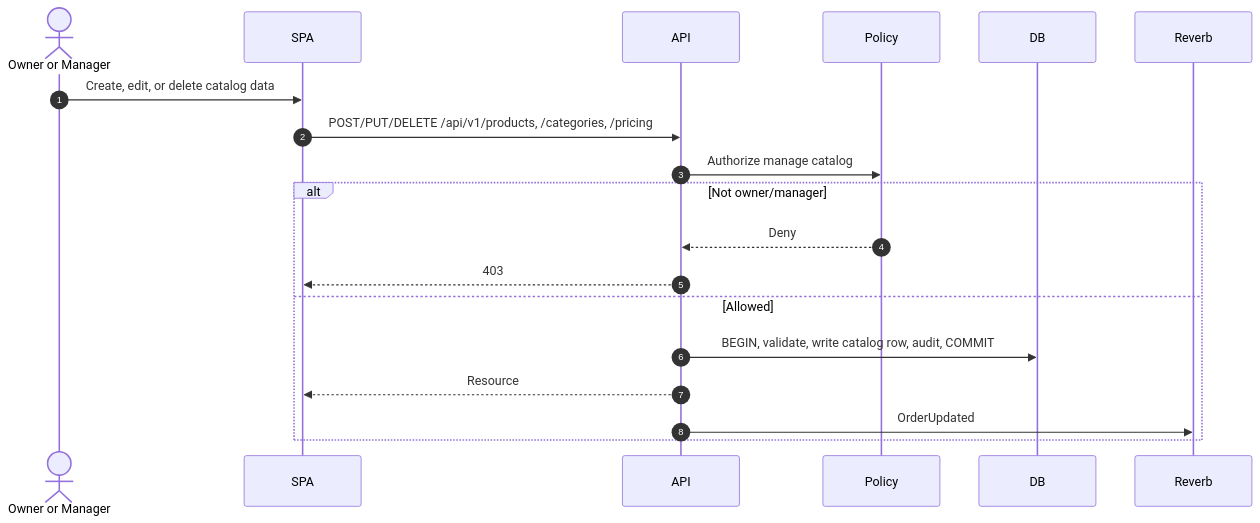
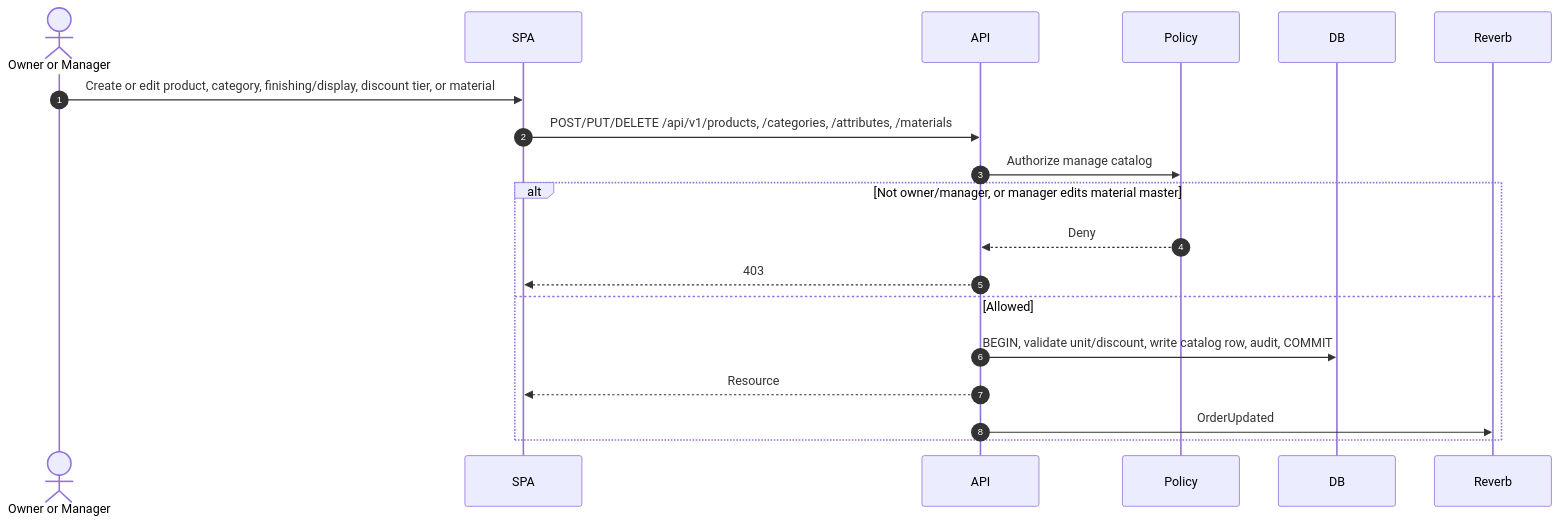
The fourth of 21 diagrams in docs/architecture/sequence-diagrams.md (Arukast/pos_alja), drawn with Mermaid before and after one commit. The commit also changed other lines of this file and 17 other files, not shown here.

````diff
--- a/docs/architecture/sequence-diagrams.md
+++ b/docs/architecture/sequence-diagrams.md
@@ -85,22 +85,22 @@
 ```mermaid
 sequenceDiagram
     autonumber
     actor A as Owner or Manager
     participant SPA
     participant API
     participant Policy
     participant DB
     participant R as Reverb
 
-    A->>SPA: Create, edit, or delete catalog data
-    SPA->>API: POST/PUT/DELETE /api/v1/products, /categories, /pricing
+    A->>SPA: Create or edit product, category, finishing/display, discount tier, or material
+    SPA->>API: POST/PUT/DELETE /api/v1/products, /categories, /attributes, /materials
     API->>Policy: Authorize manage catalog
-    alt Not owner/manager
+    alt Not owner/manager, or manager edits material master
         Policy-->>API: Deny
         API-->>SPA: 403
     else Allowed
-        API->>DB: BEGIN, validate, write catalog row, audit, COMMIT
+        API->>DB: BEGIN, validate unit/discount, write catalog row, audit, COMMIT
         API-->>SPA: Resource
         API->>R: OrderUpdated
     end
 ```
````
